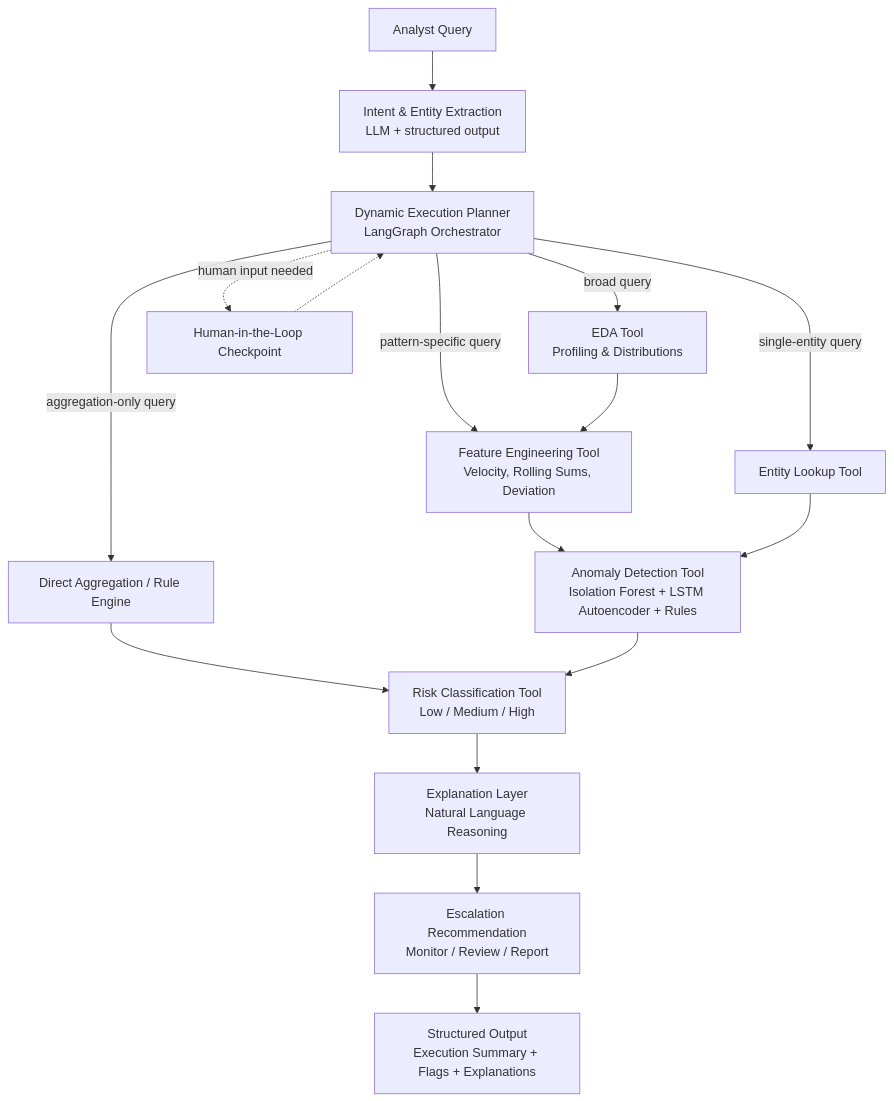
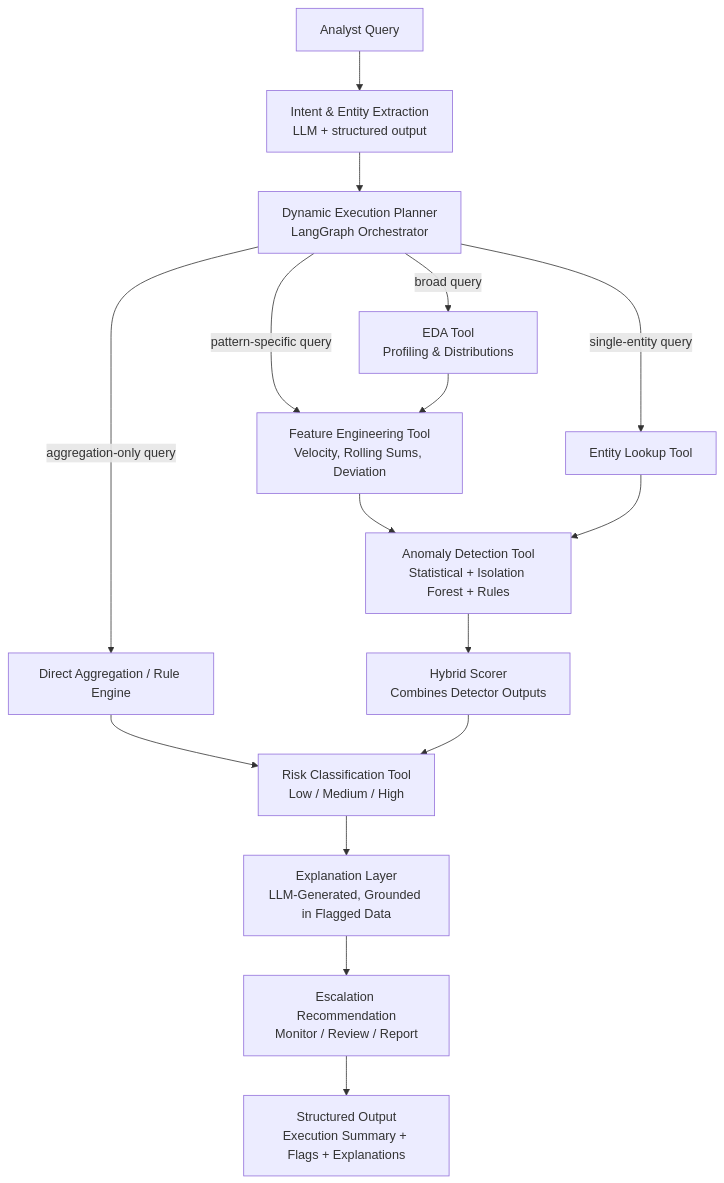
Before and after one commit to Yes-Amrit/LedgerLens: the diagram in README.md, drawn with Mermaid. The commit also changed other lines of this file, not shown here.

First line of the commit message:
docs: finalize README with real architecture, validation results, and team info

````diff
--- a/README.md
+++ b/README.md
@@ -69,23 +69,21 @@
 ```mermaid
 flowchart TD
     U[Analyst Query] --> IE[Intent & Entity Extraction<br/>LLM + structured output]
     IE --> PL[Dynamic Execution Planner<br/>LangGraph Orchestrator]
  
     PL -->|broad query| EDA[EDA Tool<br/>Profiling & Distributions]
     PL -->|pattern-specific query| FE[Feature Engineering Tool<br/>Velocity, Rolling Sums, Deviation]
     PL -->|aggregation-only query| AGG[Direct Aggregation / Rule Engine]
     PL -->|single-entity query| LOOKUP[Entity Lookup Tool]
  
     EDA --> FE
-    FE --> AD[Anomaly Detection Tool<br/>Isolation Forest + LSTM Autoencoder + Rules]
+    FE --> AD[Anomaly Detection Tool<br/>Statistical + Isolation Forest + Rules]
     LOOKUP --> AD
     AGG --> RC
  
-    AD --> RC[Risk Classification Tool<br/>Low / Medium / High]
-    RC --> EXP[Explanation Layer<br/>Natural Language Reasoning]
+    AD --> HS[Hybrid Scorer<br/>Combines Detector Outputs]
+    HS --> RC[Risk Classification Tool<br/>Low / Medium / High]
+    RC --> EXP[Explanation Layer<br/>LLM-Generated, Grounded in Flagged Data]
     EXP --> ESC[Escalation Recommendation<br/>Monitor / Review / Report]
     ESC --> OUT[Structured Output<br/>Execution Summary + Flags + Explanations]
- 
-    PL -.->|human input needed| HITL[Human-in-the-Loop Checkpoint]
-    HITL -.-> PL
 ```
````
